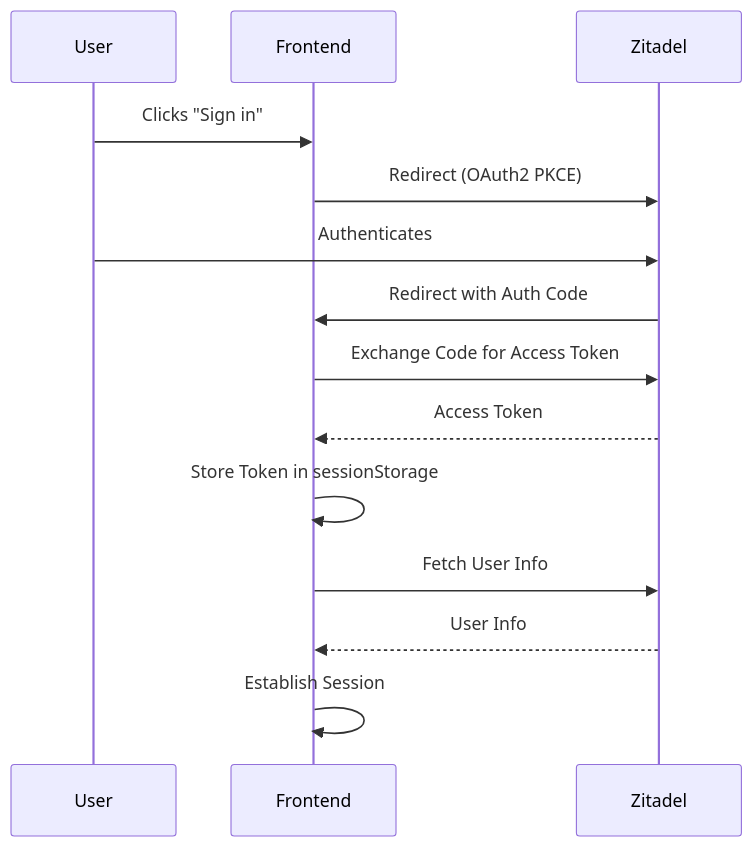
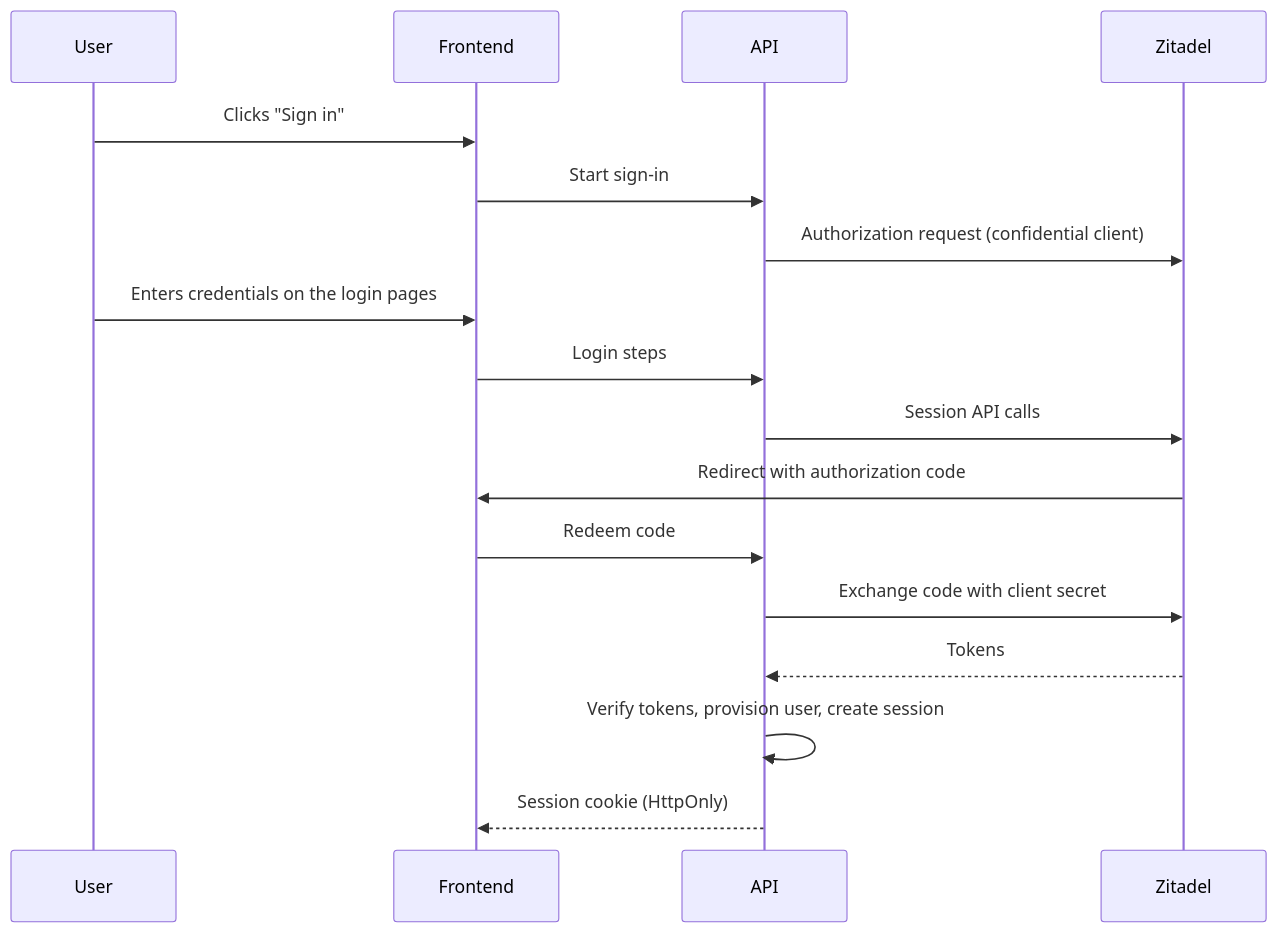
One commit to vhco-pro/stackweaver-frontend changed the second of 7 diagrams in docs/architecture/README.md. Above: the diagram before and after it, drawn with Mermaid. The commit also changed other lines of this file and 32 other files, not shown here.

Commit message:
feat(auth): browser sessions through a backend-for-frontend (#970) (#267)

````diff
--- a/docs/architecture/README.md
+++ b/docs/architecture/README.md
@@ -238,17 +240,20 @@
 ```mermaid
 sequenceDiagram
     participant User
     participant Frontend
+    participant API
     participant Zitadel
 
     User->>Frontend: Clicks "Sign in"
-    Frontend->>Zitadel: Redirect (OAuth2 PKCE)
-    User->>Zitadel: Authenticates
-    Zitadel->>Frontend: Redirect with Auth Code
-    Frontend->>Zitadel: Exchange Code for Access Token
-    Zitadel-->>Frontend: Access Token
-    Frontend->>Frontend: Store Token in sessionStorage
-    Frontend->>Zitadel: Fetch User Info
-    Zitadel-->>Frontend: User Info
-    Frontend->>Frontend: Establish Session
+    Frontend->>API: Start sign-in
+    API->>Zitadel: Authorization request (confidential client)
+    User->>Frontend: Enters credentials on the login pages
+    Frontend->>API: Login steps
+    API->>Zitadel: Session API calls
+    Zitadel->>Frontend: Redirect with authorization code
+    Frontend->>API: Redeem code
+    API->>Zitadel: Exchange code with client secret
+    Zitadel-->>API: Tokens
+    API->>API: Verify tokens, provision user, create session
+    API-->>Frontend: Session cookie (HttpOnly)
 ```
````
